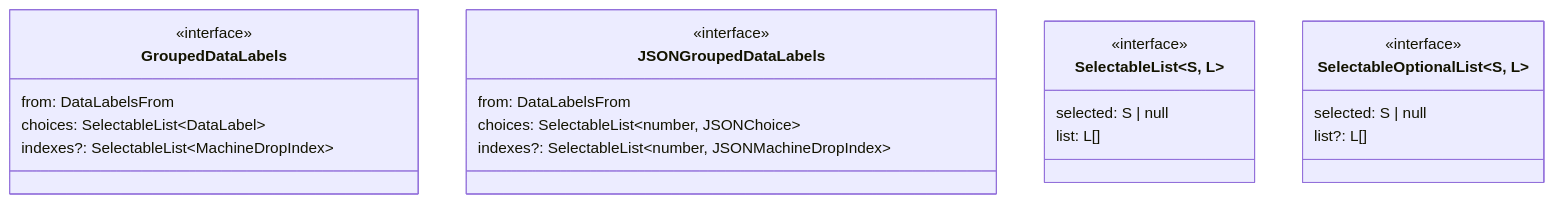
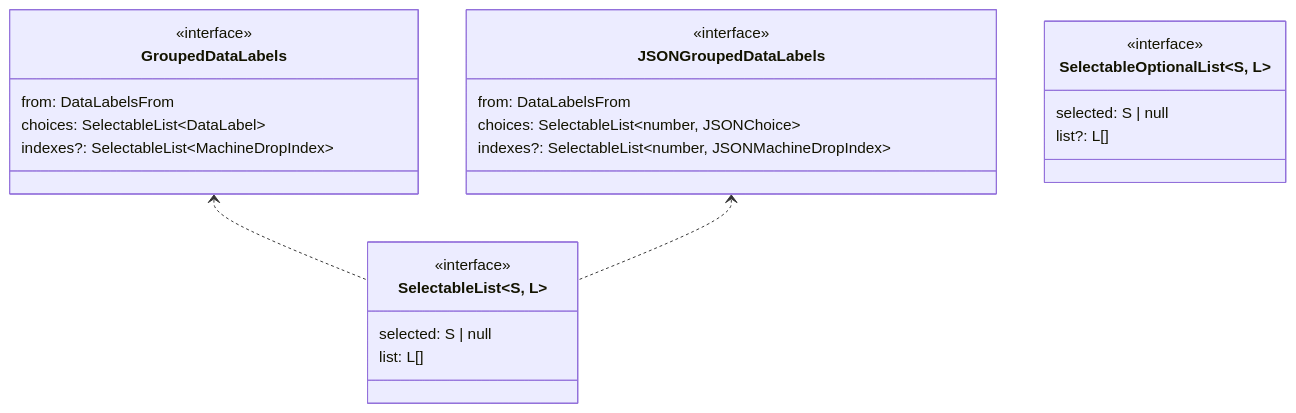
Before and after one commit to gawlk/mapview: the diagram in docs/mermaid/LabelsAndLists/types.mmd, drawn with Mermaid. The commit also changed 131 other files, not shown here.

```diff
--- a/docs/mermaid/LabelsAndLists/types.mmd
+++ b/docs/mermaid/LabelsAndLists/types.mmd
@@ -1,32 +1,32 @@
 classDiagram
 class GroupedDataLabels {
   <<interface>>
   from: DataLabelsFrom
   choices: SelectableList#60;DataLabel#62;
   indexes?: SelectableList#60;MachineDropIndex#62;
 }
-
+GroupedDataLabels <.. SelectableList~S, L~
 
 
 class JSONGroupedDataLabels {
   <<interface>>
   from: DataLabelsFrom
   choices: SelectableList#60;number, JSONChoice#62;
   indexes?: SelectableList#60;number, JSONMachineDropIndex#62;
 }
-
+JSONGroupedDataLabels <.. SelectableList~S, L~
 
 
 class SelectableList~S, L~ {
   <<interface>>
   selected: S | null
   list: L[]
 }
 
 
 
 class SelectableOptionalList~S, L~ {
   <<interface>>
   selected: S | null
   list?: L[]
 }
```
